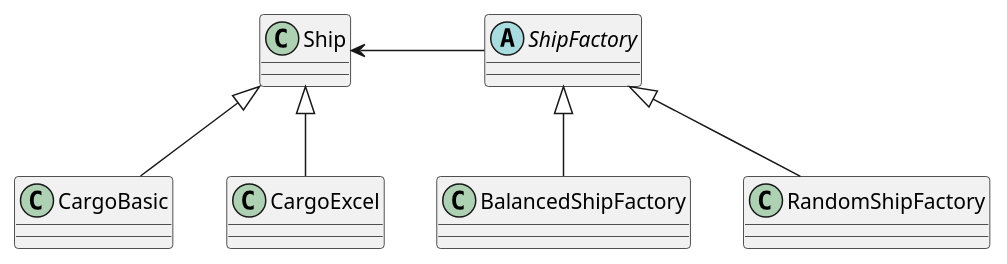
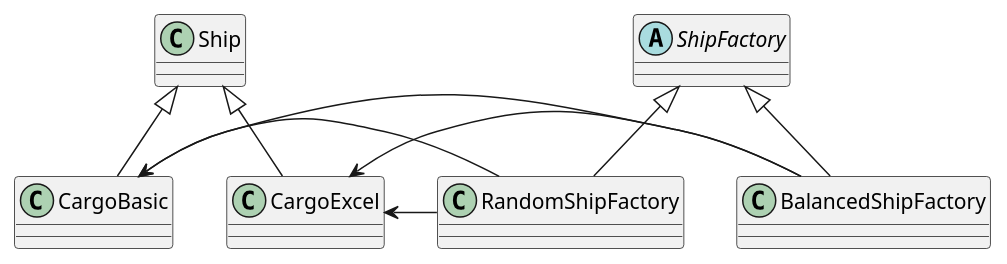
One commit to leonsant/javadesignpatterns changed the diagram in factory/diagram.puml. Above: the diagram before and after it, drawn with PlantUML. The commit also changed 1 other file, not shown here.

Commit message:
Fixing factory UML diagram and removing an extra import.

```diff
--- a/factory/diagram.puml
+++ b/factory/diagram.puml
@@ -1,20 +1,23 @@
 @startuml
 'https://plantuml.com/class-diagram
 
 abstract class ShipFactory
 class BalancedShipFactory
 class RandomShipFactory
 
 class CargoBasic
 class CargoExcel
 class Ship
 
-Ship <- ShipFactory
+CargoBasic <- BalancedShipFactory
+CargoExcel <- BalancedShipFactory
+CargoBasic <- RandomShipFactory
+CargoExcel <- RandomShipFactory
 
 ShipFactory <|-- BalancedShipFactory
 ShipFactory <|-- RandomShipFactory
 
 Ship <|-- CargoBasic
 Ship <|-- CargoExcel
 
 @enduml
```
